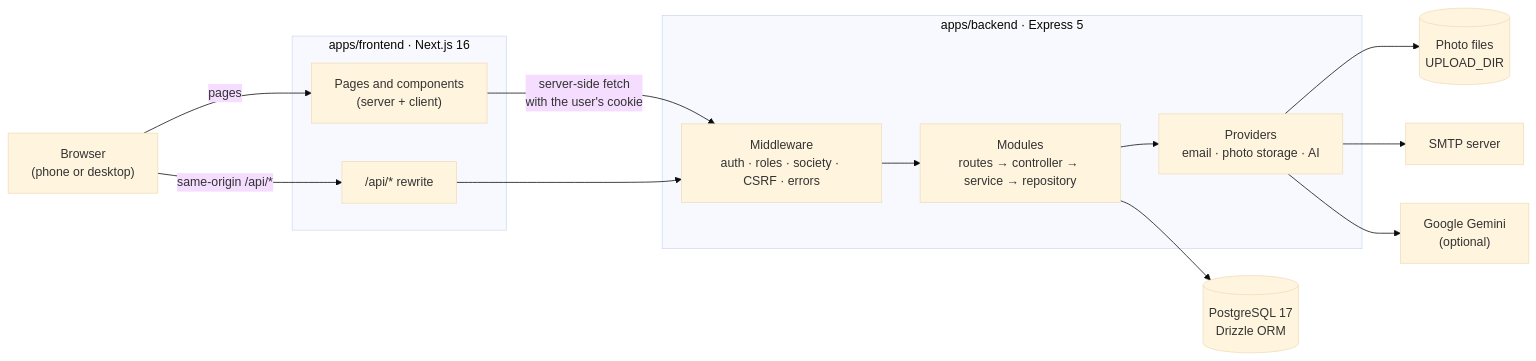
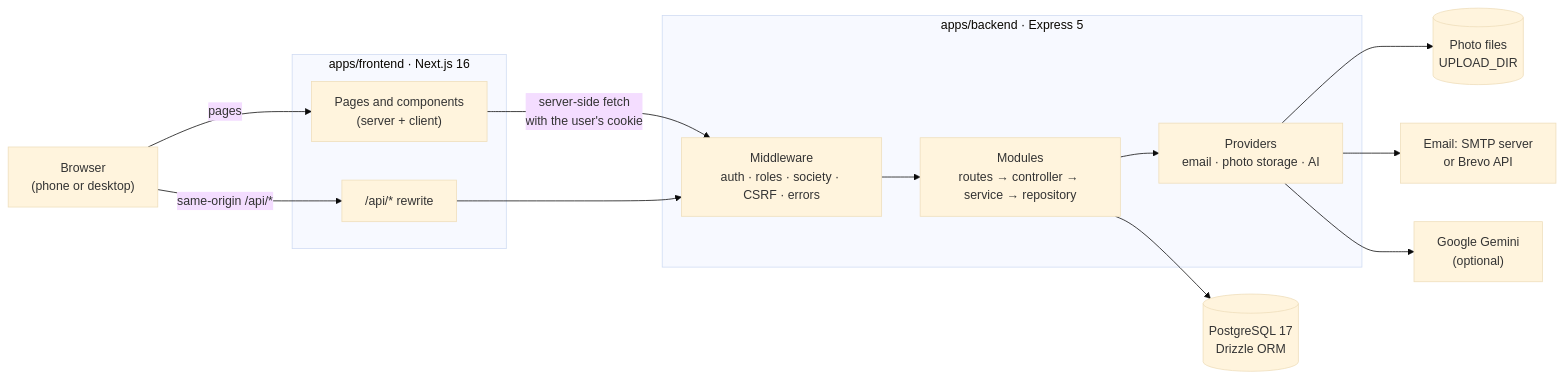
One commit to ronnischay/My-Area changed the first of 4 diagrams in Architecture.md. Above: the diagram before and after it, drawn with Mermaid (base theme). The commit also changed other lines of this file and 1 other file, not shown here.

Commit message:
docs: Brevo email option in README and Architecture.md

````diff
--- a/Architecture.md
+++ b/Architecture.md
@@ -7,31 +7,31 @@
 ```mermaid
 flowchart LR
     Browser["Browser<br/>(phone or desktop)"]
 
     subgraph Frontend["apps/frontend · Next.js 16"]
         Pages["Pages and components<br/>(server + client)"]
         Rewrite["/api/* rewrite"]
     end
 
     subgraph Backend["apps/backend · Express 5"]
         MW["Middleware<br/>auth · roles · society · CSRF · errors"]
         Modules["Modules<br/>routes → controller → service → repository"]
         Providers["Providers<br/>email · photo storage · AI"]
     end
 
     DB[("PostgreSQL 17<br/>Drizzle ORM")]
     Disk[("Photo files<br/>UPLOAD_DIR")]
-    SMTP["SMTP server"]
+    SMTP["Email: SMTP server<br/>or Brevo API"]
     Gemini["Google Gemini<br/>(optional)"]
 
     Browser -- "pages" --> Pages
     Browser -- "same-origin /api/*" --> Rewrite
     Pages -- "server-side fetch<br/>with the user's cookie" --> MW
     Rewrite --> MW
     MW --> Modules
     Modules --> DB
     Modules --> Providers
     Providers --> Disk
     Providers --> SMTP
     Providers --> Gemini
 ```
````
